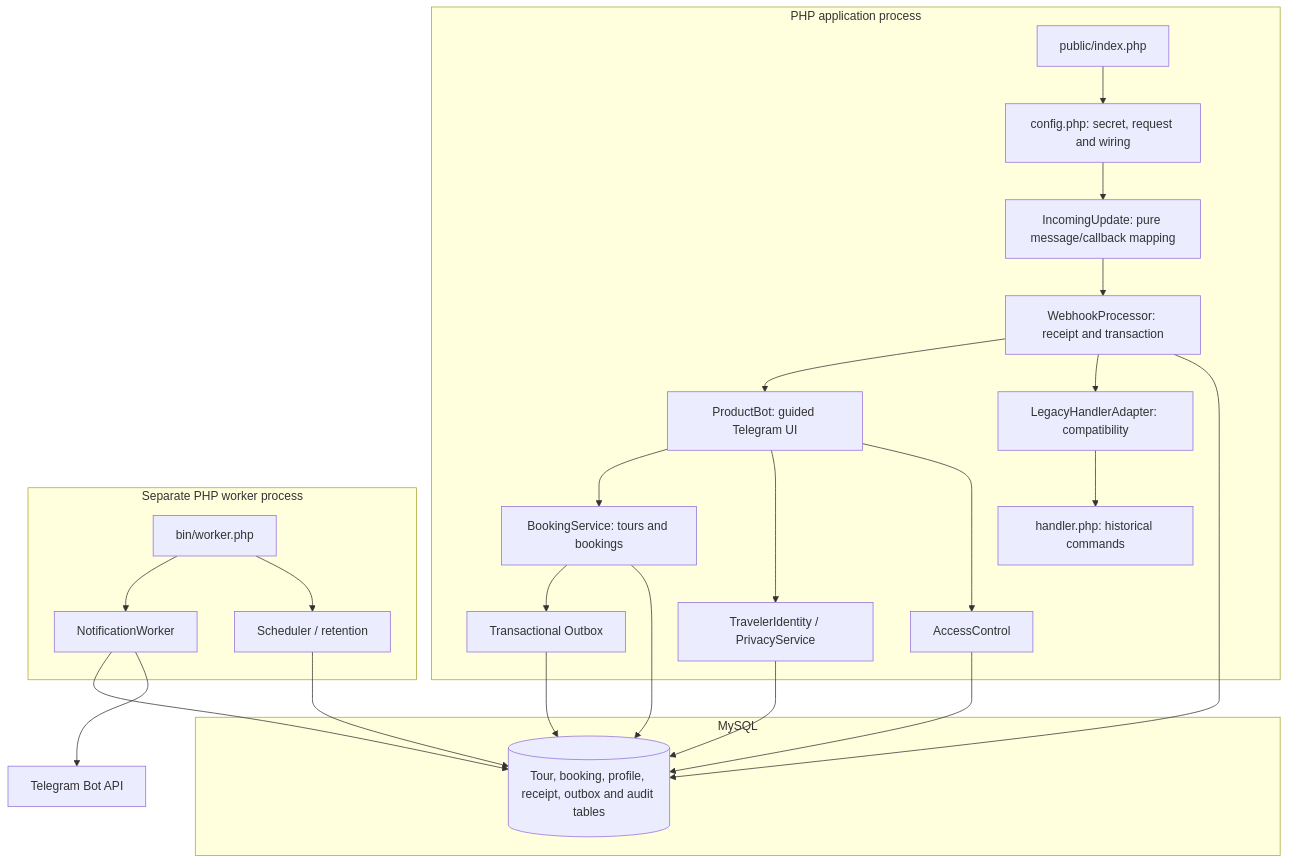
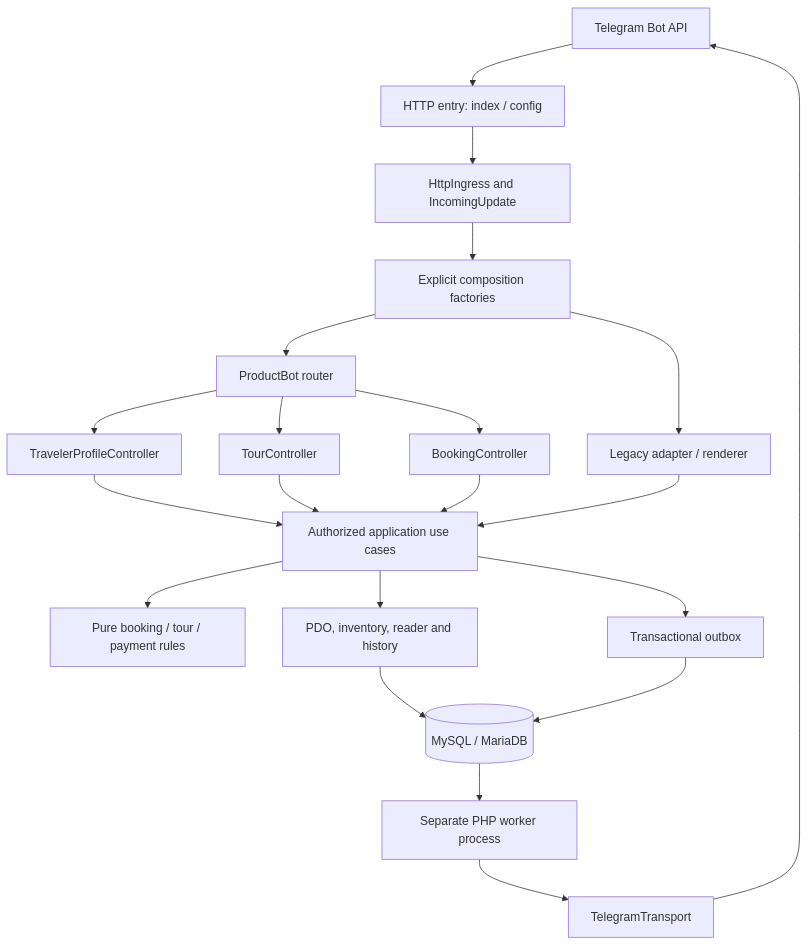
One commit to AlirezaBelal/travel-tour-reservation-bot changed the second of 2 diagrams in docs/ARCHITECTURE.md. Above: the diagram before and after it, drawn with Mermaid. The commit also changed other lines of this file and 13 other files, not shown here.

Commit message:
test: verify transaction retry architecture invariants and final source quality

````diff
--- a/docs/ARCHITECTURE.md
+++ b/docs/ARCHITECTURE.md
@@ -73,30 +22,23 @@
 ```mermaid
 flowchart TB
-    subgraph App["PHP application process"]
-        Entry["public/index.php"] --> Bootstrap["config.php: secret, request and wiring"]
-        Bootstrap --> Mapper["IncomingUpdate: pure message/callback mapping"]
-        Mapper --> Processor["WebhookProcessor: receipt and transaction"]
-        Processor --> Product["ProductBot: guided Telegram UI"]
-        Processor --> Legacy["LegacyHandlerAdapter: compatibility"]
-        Legacy --> Handler["handler.php: historical commands"]
-        Product --> Booking["BookingService: tours and bookings"]
-        Product --> Identity["TravelerIdentity / PrivacyService"]
-        Product --> Access["AccessControl"]
-        Booking --> Outbox["Transactional Outbox"]
-    end
-    subgraph Data["MySQL"]
-        Tables[(Tour, booking, profile, receipt, outbox and audit tables)]
-    end
-    Booking --> Tables
-    Identity --> Tables
-    Access --> Tables
-    Outbox --> Tables
-    Processor --> Tables
-    subgraph Background["Separate PHP worker process"]
-        Runner["bin/worker.php"] --> Delivery["NotificationWorker"]
-        Runner --> Scheduler["Scheduler / retention"]
-    end
-    Delivery --> Tables
-    Scheduler --> Tables
-    Delivery --> Telegram["Telegram Bot API"]
+    Telegram["Telegram Bot API"] --> Entry["HTTP entry: index / config"]
+    Entry --> Ingress["HttpIngress and IncomingUpdate"]
+    Ingress --> Factories["Explicit composition factories"]
+    Factories --> Router["ProductBot router"]
+    Router --> Profiles["TravelerProfileController"]
+    Router --> Tours["TourController"]
+    Router --> Bookings["BookingController"]
+    Profiles --> Application["Authorized application use cases"]
+    Tours --> Application
+    Bookings --> Application
+    Factories --> Legacy["Legacy adapter / renderer"]
+    Legacy --> Application
+    Application --> Rules["Pure booking / tour / payment rules"]
+    Application --> Persistence["PDO, inventory, reader and history"]
+    Application --> Outbox["Transactional outbox"]
+    Persistence --> SQL[("MySQL / MariaDB")]
+    Outbox --> SQL
+    SQL --> Worker["Separate PHP worker process"]
+    Worker --> Transport["TelegramTransport"]
+    Transport --> Telegram
 ```
````
